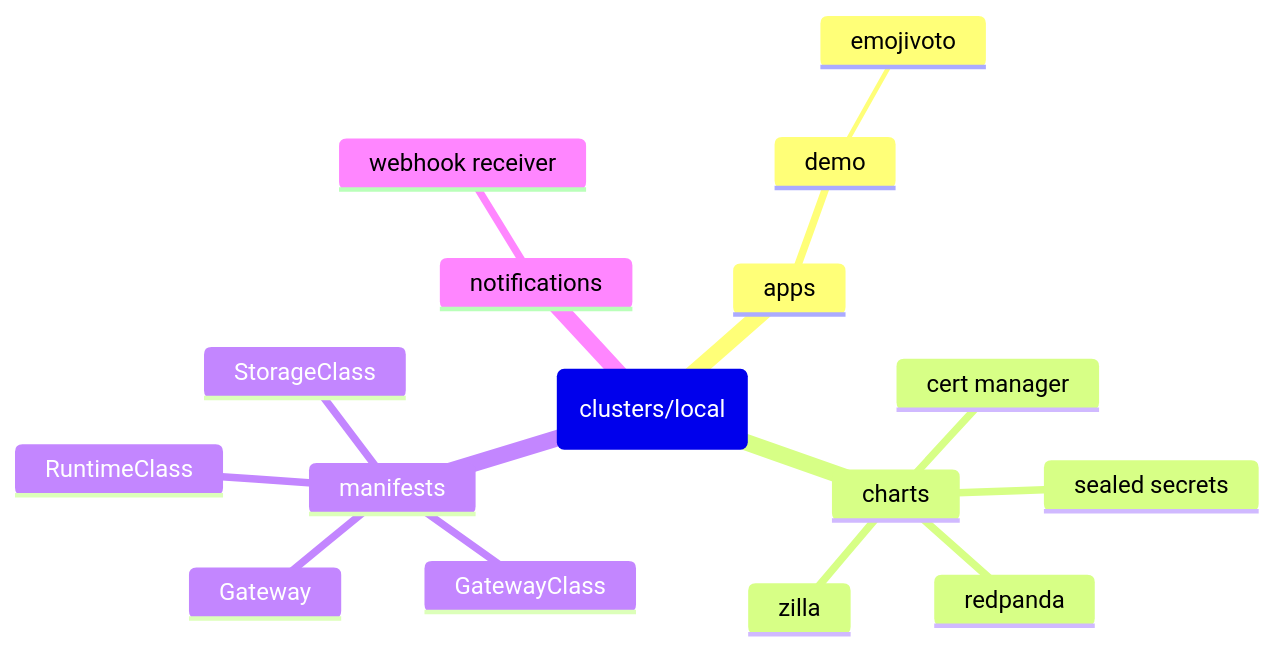
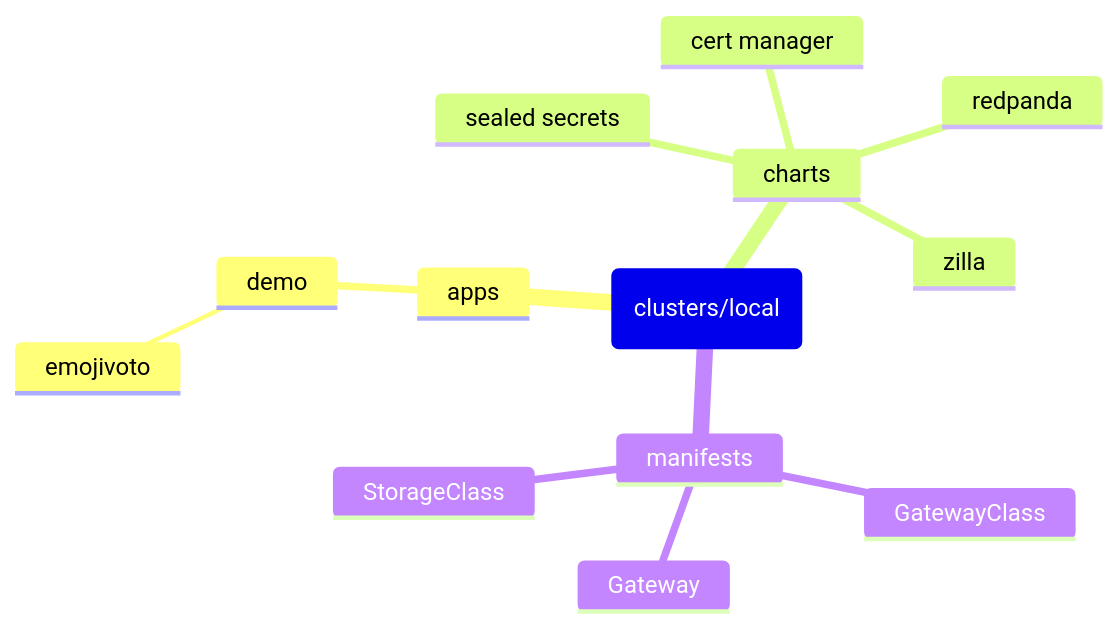
One commit to orbservability/demo-cluster changed the diagram in README.md. Above: the diagram before and after it, drawn with Mermaid. The commit also changed 19 other files, not shown here.

````diff
--- a/README.md
+++ b/README.md
@@ -5,19 +5,16 @@
 ```mermaid
 mindmap
   root(clusters/local)
     apps
       demo
         emojivoto
     charts
       cert manager
       redpanda
       sealed secrets
       zilla
     manifests
       GatewayClass
       Gateway
-      RuntimeClass
       StorageClass
-    notifications
-      webhook receiver
 ```
````
